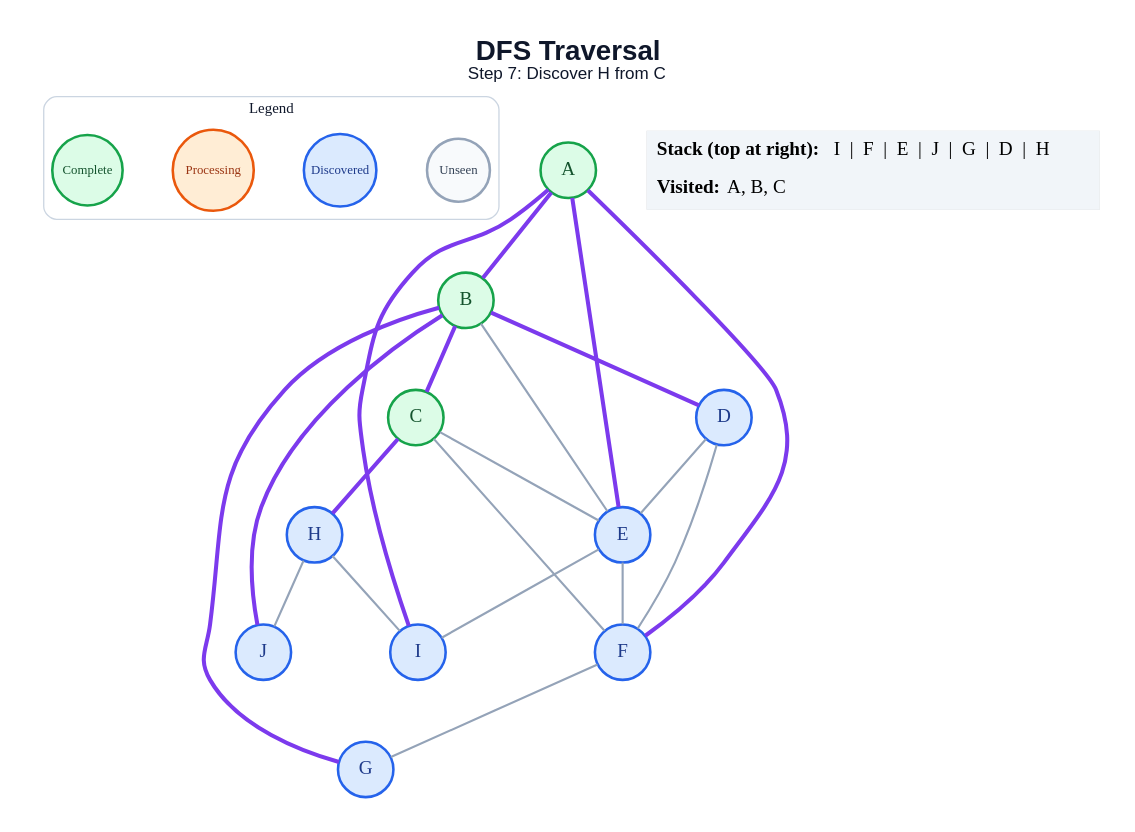
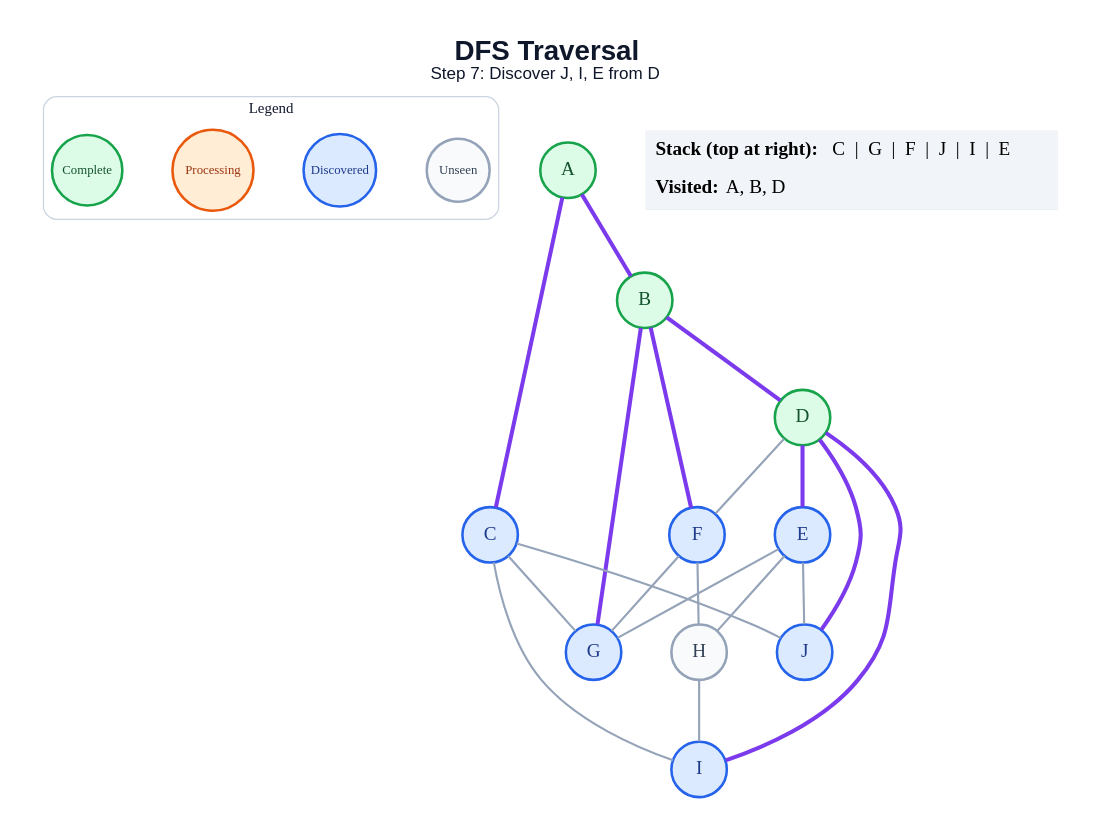
Before and after one commit to amanghodawala9/ai-slop: the diagram in generated/dfs/step_07.dot, drawn with Graphviz. The commit also changed 178 other files, not shown here.

```diff
--- a/generated/dfs/step_07.dot
+++ b/generated/dfs/step_07.dot
@@ -1,48 +1,47 @@
 graph traversal {
   graph [layout=dot, rankdir=TB, bgcolor="#FFFFFF", pad="0.35", nodesep="0.65", ranksep="0.8", fontname="Arial"];
   node [shape=circle, style="filled", fontname="Arial Bold", fontsize=18, width=0.72, fixedsize=true, penwidth=2.4];
   edge [color="#94A3B8", penwidth=2.0];
-  label=<<B>DFS Traversal</B><BR/><FONT POINT-SIZE="16">Step 7: Discover H from C</FONT>>; labelloc="t"; fontsize=26; fontname="Arial"; fontcolor="#0F172A";
+  label=<<B>DFS Traversal</B><BR/><FONT POINT-SIZE="16">Step 7: Discover J, I, E from D</FONT>>; labelloc="t"; fontsize=26; fontname="Arial"; fontcolor="#0F172A";
   subgraph cluster_legend { label="Legend"; color="#CBD5E1"; penwidth=1.2; style="rounded"; fontsize=14; fontname="Arial Bold";
     key_unseen [label="Unseen", fillcolor="#F8FAFC", color="#94A3B8", fontcolor="#334155", fontsize=12, width=0.82];
     key_frontier [label="Discovered", fillcolor="#DBEAFE", color="#2563EB", fontcolor="#1E3A8A", fontsize=12, width=0.95];
     key_current [label="Processing", fillcolor="#FFEDD5", color="#EA580C", fontcolor="#9A3412", fontsize=12, width=1.05];
     key_done [label="Complete", fillcolor="#DCFCE7", color="#16A34A", fontcolor="#14532D", fontsize=12, width=0.92];
     { rank=same; key_unseen; key_frontier; key_current; key_done; }
   }
   A [fillcolor="#DCFCE7", color="#16A34A", fontcolor="#14532D"];
   B [fillcolor="#DCFCE7", color="#16A34A", fontcolor="#14532D"];
-  C [fillcolor="#DCFCE7", color="#16A34A", fontcolor="#14532D"];
-  D [fillcolor="#DBEAFE", color="#2563EB", fontcolor="#1E3A8A"];
+  C [fillcolor="#DBEAFE", color="#2563EB", fontcolor="#1E3A8A"];
+  D [fillcolor="#DCFCE7", color="#16A34A", fontcolor="#14532D"];
   E [fillcolor="#DBEAFE", color="#2563EB", fontcolor="#1E3A8A"];
   F [fillcolor="#DBEAFE", color="#2563EB", fontcolor="#1E3A8A"];
   G [fillcolor="#DBEAFE", color="#2563EB", fontcolor="#1E3A8A"];
-  H [fillcolor="#DBEAFE", color="#2563EB", fontcolor="#1E3A8A"];
+  H [fillcolor="#F8FAFC", color="#94A3B8", fontcolor="#334155"];
   I [fillcolor="#DBEAFE", color="#2563EB", fontcolor="#1E3A8A"];
   J [fillcolor="#DBEAFE", color="#2563EB", fontcolor="#1E3A8A"];
   A -- B [color="#7C3AED", penwidth=3.8];
-  A -- E [color="#7C3AED", penwidth=3.8];
-  A -- F [color="#7C3AED", penwidth=3.8];
-  A -- I [color="#7C3AED", penwidth=3.8];
-  B -- C [color="#7C3AED", penwidth=3.8];
+  A -- C [color="#7C3AED", penwidth=3.8];
   B -- D [color="#7C3AED", penwidth=3.8];
-  B -- E;
+  B -- F [color="#7C3AED", penwidth=3.8];
   B -- G [color="#7C3AED", penwidth=3.8];
-  B -- J [color="#7C3AED", penwidth=3.8];
-  C -- E;
-  C -- F;
-  C -- H [color="#7C3AED", penwidth=3.8];
-  D -- E;
+  C -- G;
+  C -- I;
+  C -- J;
+  D -- E [color="#7C3AED", penwidth=3.8];
   D -- F;
-  E -- F;
-  E -- I;
+  D -- I [color="#7C3AED", penwidth=3.8];
+  D -- J [color="#7C3AED", penwidth=3.8];
+  E -- G;
+  E -- H;
+  E -- J;
   F -- G;
+  F -- H;
   H -- I;
-  H -- J;
   status [shape=plain, fixedsize=false, width=0, height=0, margin=0, label=<
     <TABLE BORDER="0" CELLBORDER="0" CELLPADDING="7" BGCOLOR="#F1F5F9">
-      <TR><TD ALIGN="LEFT"><B>Stack (top at right):</B> I  |  F  |  E  |  J  |  G  |  D  |  H</TD></TR>
-      <TR><TD ALIGN="LEFT"><B>Visited:</B> A, B, C</TD></TR>
+      <TR><TD ALIGN="LEFT"><B>Stack (top at right):</B> C  |  G  |  F  |  J  |  I  |  E</TD></TR>
+      <TR><TD ALIGN="LEFT"><B>Visited:</B> A, B, D</TD></TR>
     </TABLE>
   >];
 }
```
